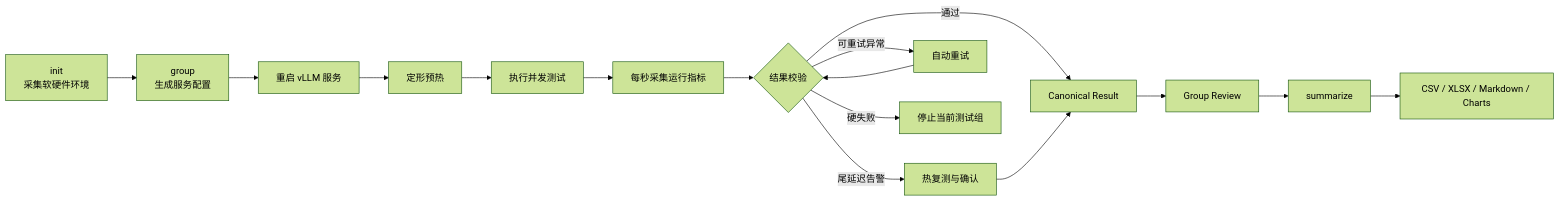
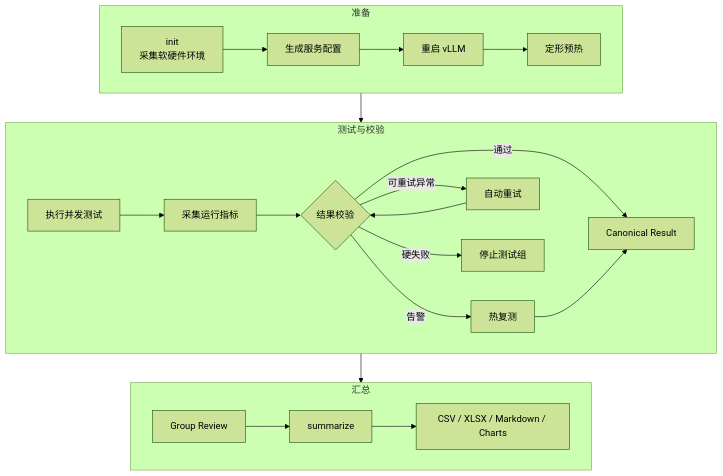
The diagram in README.md (ash934141435/vllm-ascend-performance-lab), drawn with Mermaid (forest theme) before and after one commit.

Commit message:
Enlarge README architecture diagram

````diff
--- a/README.md
+++ b/README.md
@@ -11,18 +11,26 @@
 ```mermaid
-flowchart LR
-    A["init<br/>采集软硬件环境"] --> B["group<br/>生成服务配置"]
-    B --> C["重启 vLLM 服务"]
-    C --> D["定形预热"]
-    D --> E["执行并发测试"]
-    E --> F["每秒采集运行指标"]
-    F --> G{"结果校验"}
-    G -->|通过| H["Canonical Result"]
-    G -->|尾延迟告警| I["热复测与确认"]
-    G -->|可重试异常| J["自动重试"]
-    G -->|硬失败| K["停止当前测试组"]
-    I --> H
-    J --> G
-    H --> L["Group Review"]
-    L --> M["summarize"]
-    M --> N["CSV / XLSX / Markdown / Charts"]
+flowchart TB
+    subgraph S1["准备"]
+        direction LR
+        A["init<br/>采集软硬件环境"] --> B["生成服务配置"] --> C["重启 vLLM"] --> D["定形预热"]
+    end
+
+    subgraph S2["测试与校验"]
+        direction LR
+        E["执行并发测试"] --> F["采集运行指标"] --> G{"结果校验"}
+        G -->|通过| H["Canonical Result"]
+        G -->|告警| I["热复测"]
+        G -->|可重试异常| J["自动重试"]
+        G -->|硬失败| K["停止测试组"]
+        I --> H
+        J --> G
+    end
+
+    subgraph S3["汇总"]
+        direction LR
+        L["Group Review"] --> M["summarize"] --> N["CSV / XLSX / Markdown / Charts"]
+    end
+
+    D --> E
+    H --> L
 ```
````
